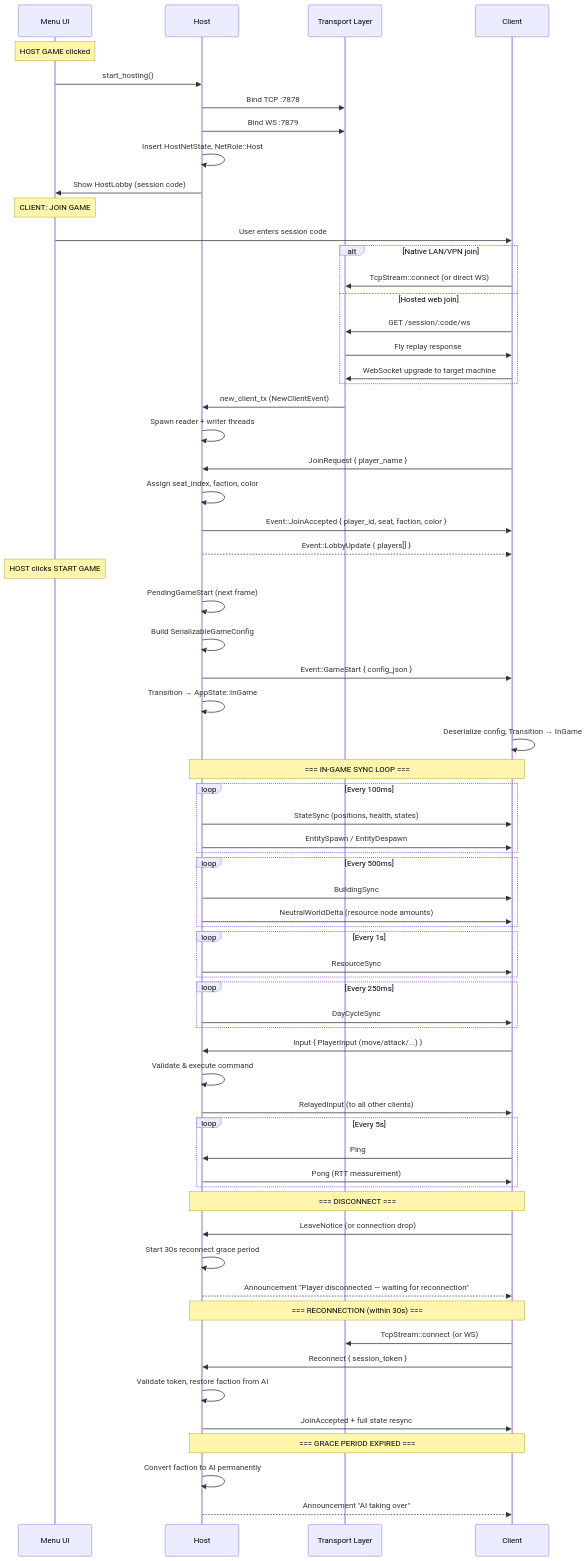
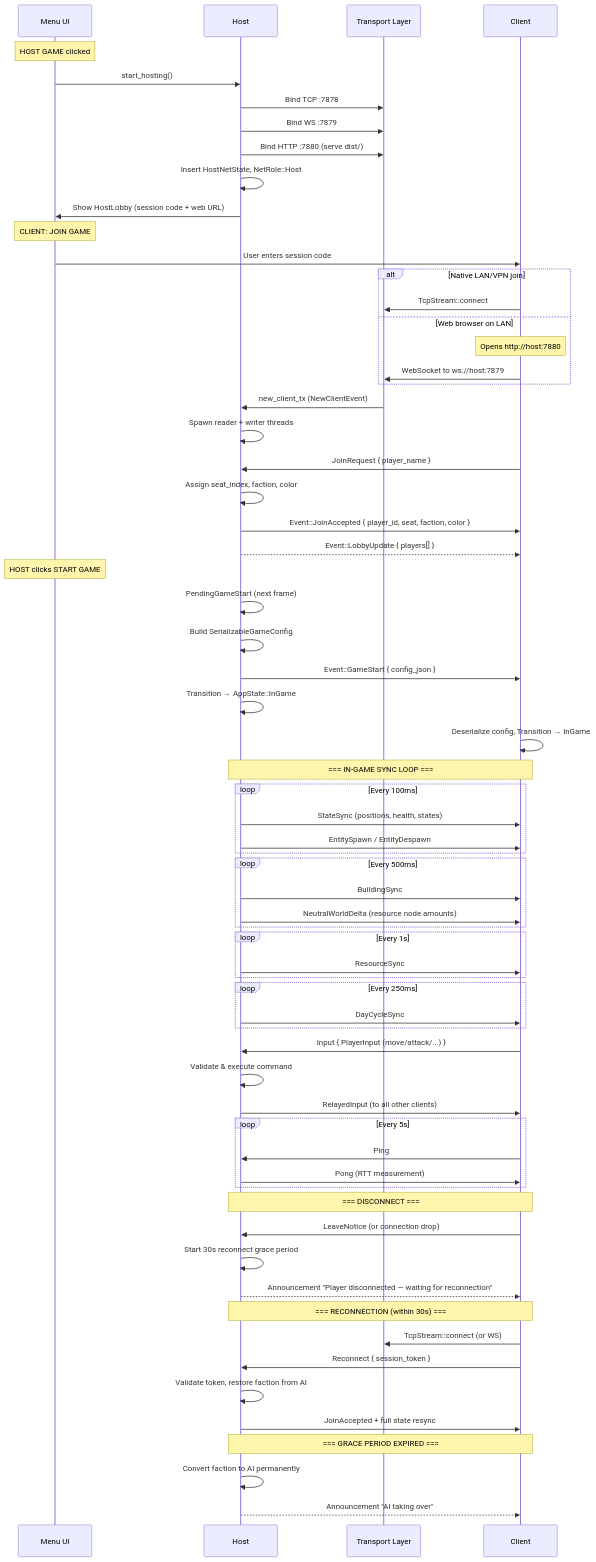
One commit to pashaydev/RTS changed the third of 11 diagrams in docs/multiplayer-architecture.md. Above: the diagram before and after it, drawn with Mermaid. The commit also changed other lines of this file and 9 other files, not shown here.

Commit message:
web client hosting & remove session router

````diff
--- a/docs/multiplayer-architecture.md
+++ b/docs/multiplayer-architecture.md
@@ -115,82 +114,82 @@
 ```mermaid
 sequenceDiagram
     participant UI as Menu UI
     participant Host as Host
     participant Transport as Transport Layer
     participant Client as Client
 
     Note over UI: HOST GAME clicked
     UI->>Host: start_hosting()
     Host->>Transport: Bind TCP :7878
     Host->>Transport: Bind WS :7879
+    Host->>Transport: Bind HTTP :7880 (serve dist/)
     Host->>Host: Insert HostNetState, NetRole::Host
-    Host->>UI: Show HostLobby (session code)
+    Host->>UI: Show HostLobby (session code + web URL)
 
     Note over UI: CLIENT: JOIN GAME
     UI->>Client: User enters session code
     alt Native LAN/VPN join
-        Client->>Transport: TcpStream::connect (or direct WS)
-    else Hosted web join
-        Client->>Transport: GET /session/:code/ws
-        Transport->>Client: Fly replay response
-        Client->>Transport: WebSocket upgrade to target machine
+        Client->>Transport: TcpStream::connect
+    else Web browser on LAN
+        Note over Client: Opens http://host:7880
+        Client->>Transport: WebSocket to ws://host:7879
     end
     Transport->>Host: new_client_tx (NewClientEvent)
     Host->>Host: Spawn reader + writer threads
 
     Client->>Host: JoinRequest { player_name }
     Host->>Host: Assign seat_index, faction, color
     Host->>Client: Event::JoinAccepted { player_id, seat, faction, color }
     Host-->>Client: Event::LobbyUpdate { players[] }
 
     Note over UI: HOST clicks START GAME
     Host->>Host: PendingGameStart (next frame)
     Host->>Host: Build SerializableGameConfig
     Host->>Client: Event::GameStart { config_json }
     Host->>Host: Transition → AppState::InGame
     Client->>Client: Deserialize config, Transition → InGame
 
     Note over Host,Client: === IN-GAME SYNC LOOP ===
 
     loop Every 100ms
         Host->>Client: StateSync (positions, health, states)
         Host->>Client: EntitySpawn / EntityDespawn
     end
 
     loop Every 500ms
         Host->>Client: BuildingSync
         Host->>Client: NeutralWorldDelta (resource node amounts)
     end
 
     loop Every 1s
         Host->>Client: ResourceSync
     end
 
     loop Every 250ms
         Host->>Client: DayCycleSync
     end
 
     Client->>Host: Input { PlayerInput (move/attack/...) }
     Host->>Host: Validate & execute command
     Host->>Client: RelayedInput (to all other clients)
 
     loop Every 5s
         Client->>Host: Ping
         Host->>Client: Pong (RTT measurement)
     end
 
     Note over Host,Client: === DISCONNECT ===
     Client->>Host: LeaveNotice (or connection drop)
     Host->>Host: Start 30s reconnect grace period
     Host-->>Client: Announcement "Player disconnected — waiting for reconnection"
 
     Note over Host,Client: === RECONNECTION (within 30s) ===
     Client->>Transport: TcpStream::connect (or WS)
     Client->>Host: Reconnect { session_token }
     Host->>Host: Validate token, restore faction from AI
     Host->>Client: JoinAccepted + full state resync
 
     Note over Host,Client: === GRACE PERIOD EXPIRED ===
     Host->>Host: Convert faction to AI permanently
     Host-->>Client: Announcement "AI taking over"
 ```
````
